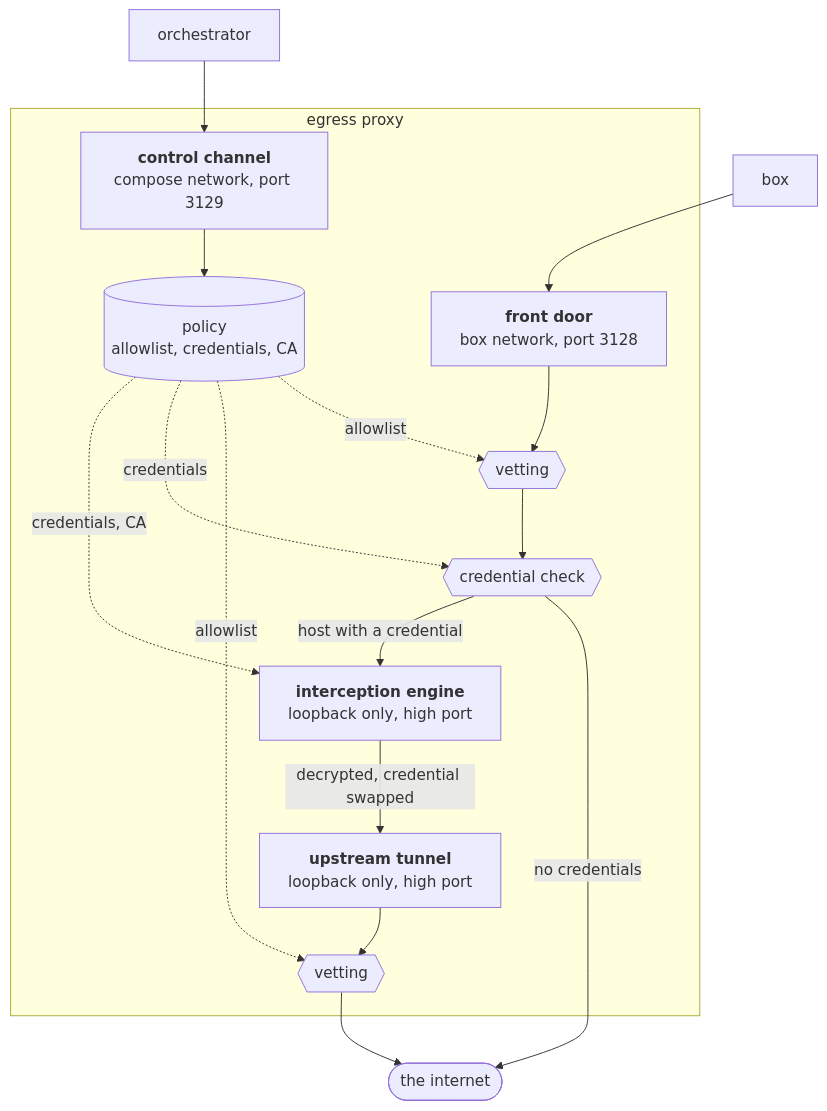
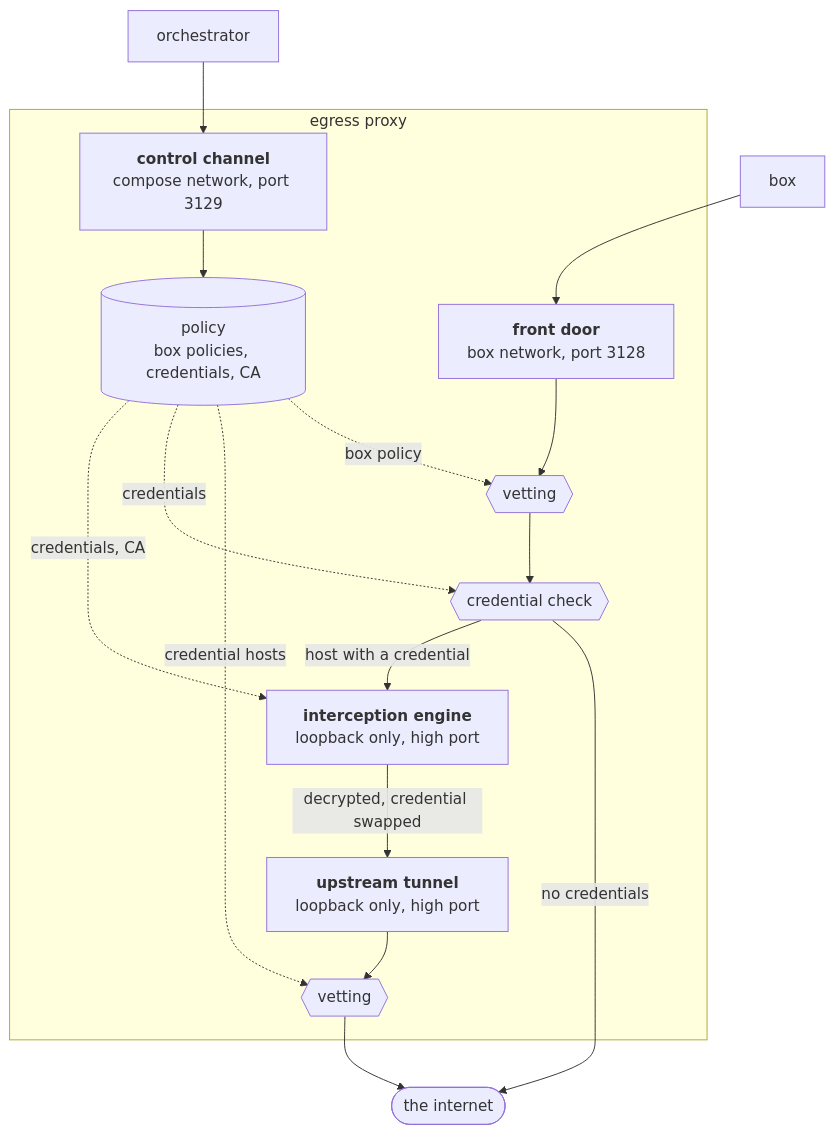
The second of 2 diagrams in doc/egress.md (splitbrain-bot/boxes), drawn with Mermaid before and after one commit. The commit also changed other lines of this file and 65 other files, not shown here.

````diff
--- a/doc/egress.md
+++ b/doc/egress.md
@@ -113,41 +93,41 @@
 ```mermaid
 flowchart TB
     
     orch["orchestrator"]
     box["box"]
     
 
     subgraph proxy["egress proxy"]
         control["<b>control channel</b><br>compose network, port 3129"]
         front["<b>front door</b><br>box network, port 3128"]
         engine["<b>interception engine</b><br>loopback only, high port"]
         upstream["<b>upstream tunnel</b><br>loopback only, high port"]
         
-        policy[("policy<br>allowlist, credentials, CA")]
+        policy[("policy<br>box policies, credentials, CA")]
         
         creds{{"credential check"}}
         vetting1{{"vetting"}}
         vetting2{{"vetting"}}
         
     end
 
     net(["the internet"])
 
     orch --> control
     control --> policy
-    policy -. "allowlist" .-> vetting1
-    policy -. "allowlist" .-> vetting2
+    policy -. "box policy" .-> vetting1
+    policy -. "credential hosts" .-> vetting2
     policy -. "credentials" .-> creds
     policy -. "credentials, CA" .-> engine
 
     box --> front
     front --> vetting1 --> creds
     creds -- "no credentials" --> net
     creds -- "host with a credential" --> engine
     engine -- "decrypted, credential swapped" --> upstream
     upstream --> vetting2
     vetting2 --> net
     
     
     
 ```
````
